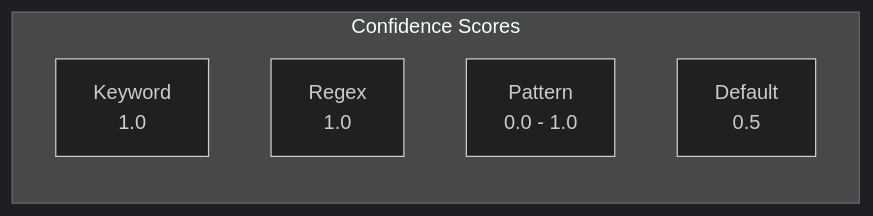
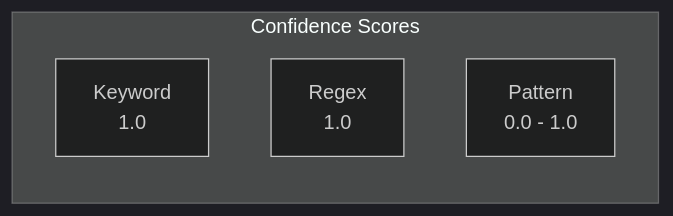
Diagram 15 of 18 in docs/design/routing-engine.md (twistingmercury/mnemonic-mcp), drawn with Mermaid (dark theme) before and after one commit. The commit also changed other lines of this file and 26 other files, not shown here.

````diff
--- a/docs/design/routing-engine.md
+++ b/docs/design/routing-engine.md
@@ -950,9 +902,8 @@
 ```mermaid
 flowchart LR
     subgraph "Confidence Scores"
         K[Keyword<br/>1.0]
         R[Regex<br/>1.0]
         P[Pattern<br/>0.0 - 1.0]
-        D[Default<br/>0.5]
     end
 ```
````
